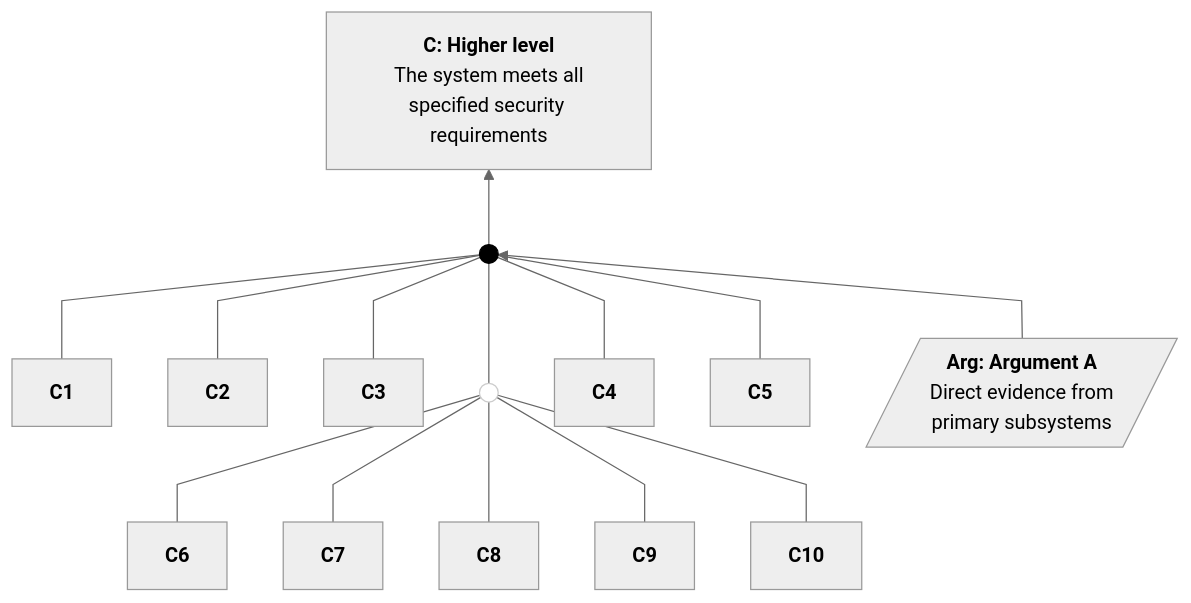
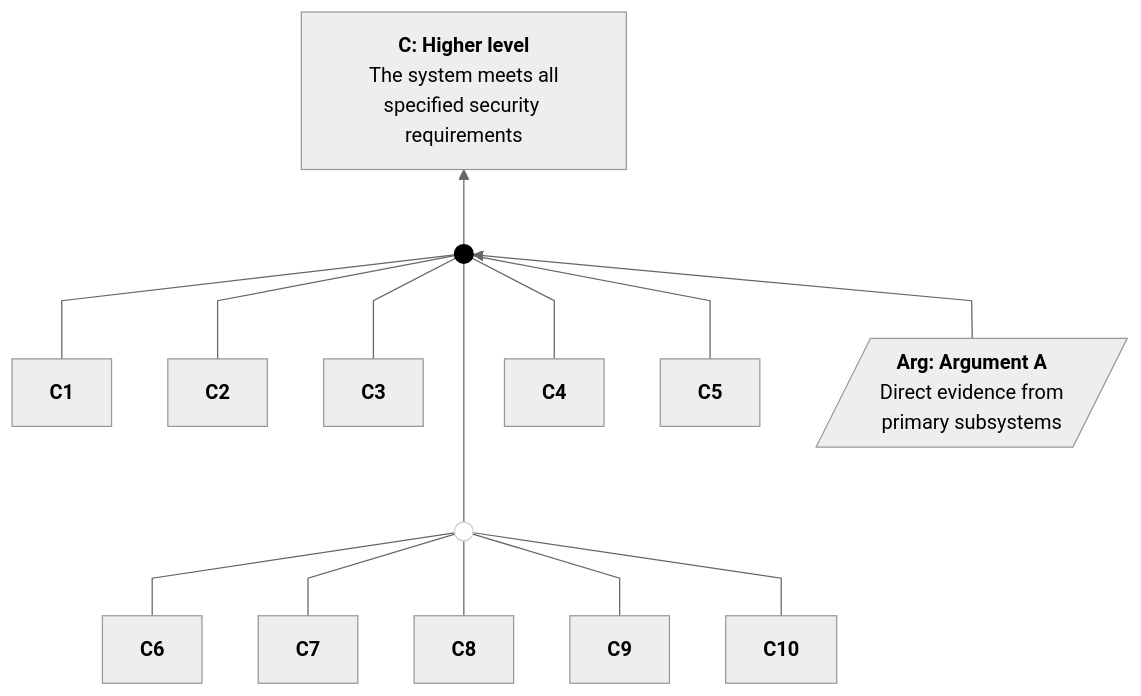
Diagram 17 of 18 in docs/sacm-mermaid.md (coreinfrastructure/best-practices-badge), drawn with Mermaid before and after one commit.

Commit message:
Connector - extend length

````diff
--- a/docs/sacm-mermaid.md
+++ b/docs/sacm-mermaid.md
@@ -1439,50 +1439,51 @@
 ```mermaid
 ---
 config:
   theme: neutral
   flowchart:
     curve: linear
     htmlLabels: true
     rankSpacing: 60
     nodeSpacing: 45
     padding: 15
 ---
 flowchart BT
     classDef sacmDot fill:#000,stroke:#000
     classDef connector fill:none,stroke:#cccccc,stroke-width:1px;`
 
     %% Nodes
     C_High["<b>C: Higher level</b><br>The system meets all<br>specified security requirements"]
     Inf1((" ")):::sacmDot
     Arg1[/"<b>Arg: Argument A</b><br>Direct evidence from<br>primary subsystems"/]
 
     %% Supporting Claims
     C1["<b>C1</b>"]
     C2["<b>C2</b>"]
     C3["<b>C3</b>"]
     C4["<b>C4</b>"]
     C5["<b>C5</b>"]
     C6["<b>C6</b>"]
     C7["<b>C7</b>"]
     C8["<b>C8</b>"]
     C9["<b>C9</b>"]
     C10["<b>C10</b>"]
     Conn1((" ")):::connector
 
     %% Connections
     C6 --- Conn1
     C7 --- Conn1
     C8 --- Conn1
     C9 --- Conn1
     C10 --- Conn1
 
     C1 --- Inf1
     C2 --- Inf1
     C3 --- Inf1
-    Conn1 --- Inf1
+    %% interconnect is a little longer for more space, extra dash
+    Conn1 ---- Inf1
     C4 --- Inf1
     C5 --- Inf1
     Arg1 --> Inf1
 
     Inf1 --> C_High
 ```
````
